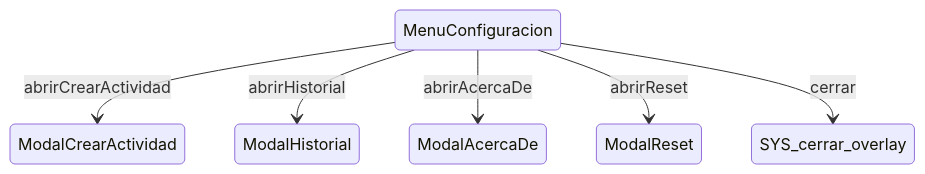
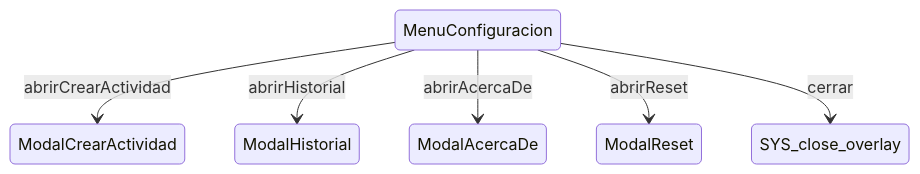
The diagram in spec/docs/sistema/overlays/MenuConfiguracion.md (cepeche/Trenza-DSL), drawn with Mermaid before and after one commit. The commit also changed other lines of this file and 2250 other files, not shown here.

````diff
--- a/spec/docs/sistema/overlays/MenuConfiguracion.md
+++ b/spec/docs/sistema/overlays/MenuConfiguracion.md
@@ -17,8 +18,8 @@
 ```mermaid
 stateDiagram-v2
     MenuConfiguracion --> ModalCrearActividad : abrirCrearActividad
     MenuConfiguracion --> ModalHistorial : abrirHistorial
     MenuConfiguracion --> ModalAcercaDe : abrirAcercaDe
     MenuConfiguracion --> ModalReset : abrirReset
-    MenuConfiguracion --> SYS_cerrar_overlay : cerrar
+    MenuConfiguracion --> SYS_close_overlay : cerrar
 ```
````
